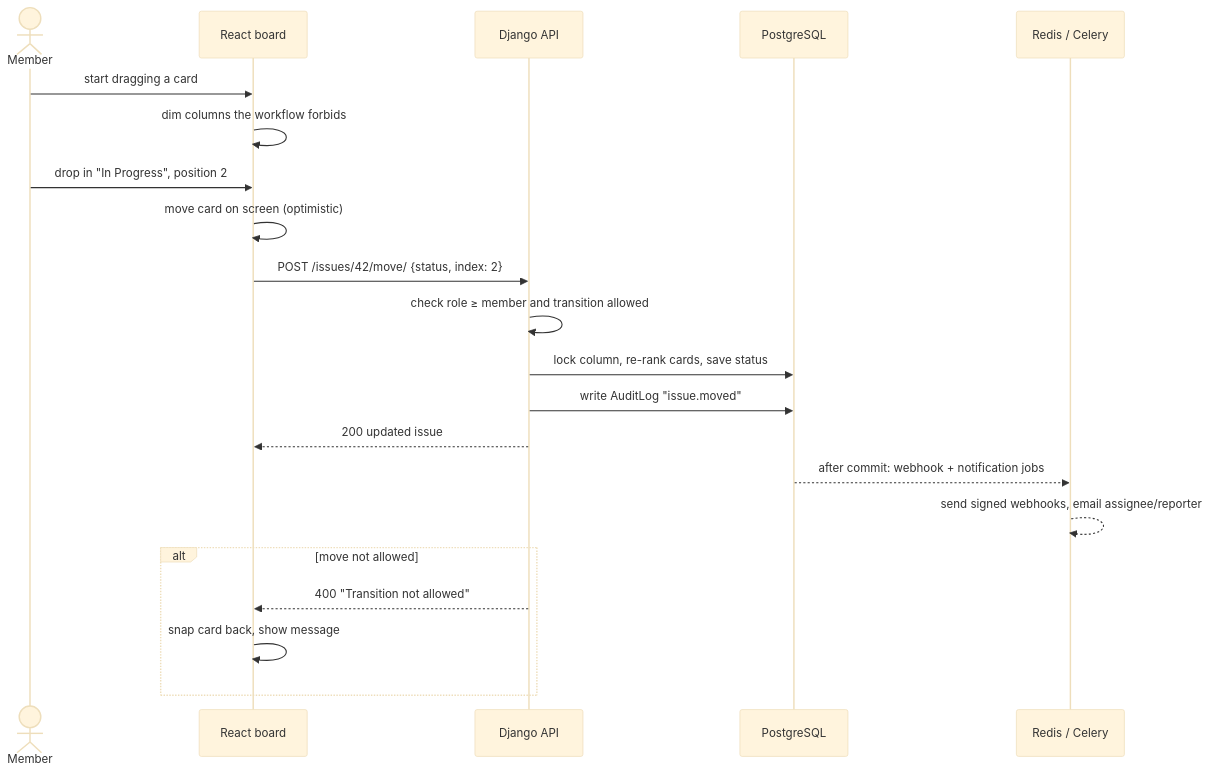
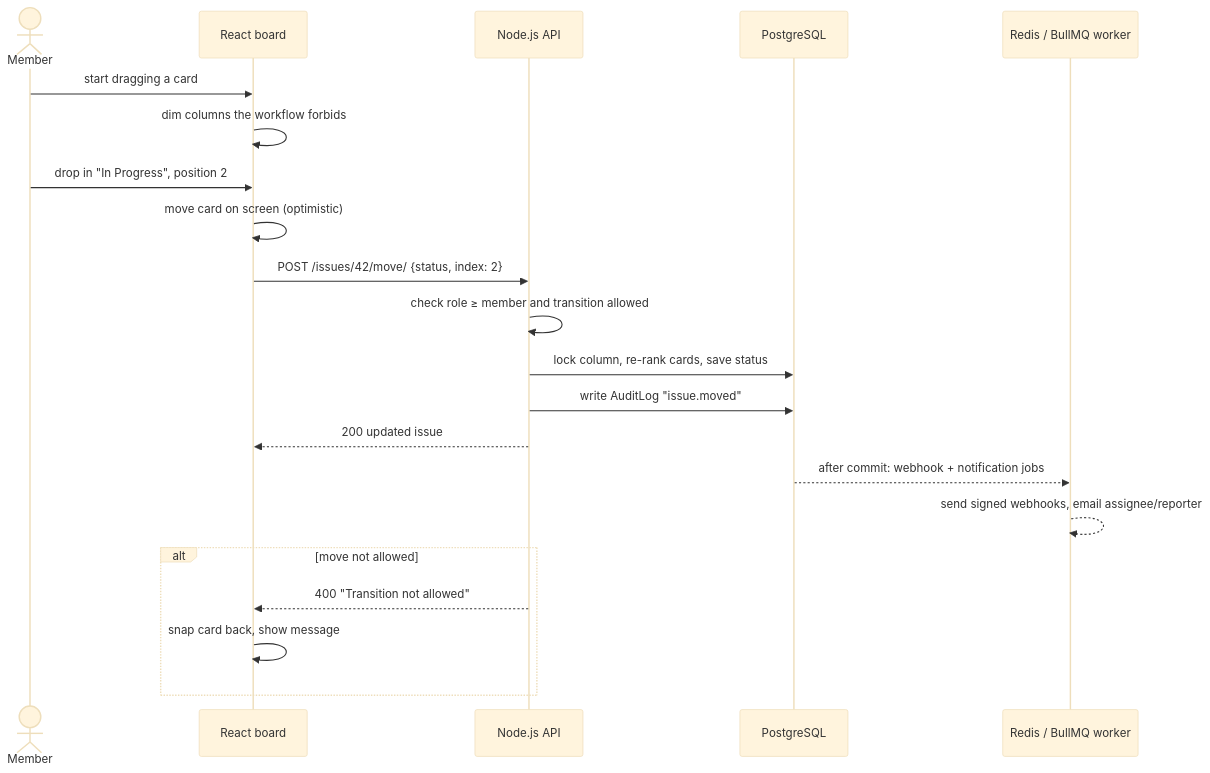
The fourth of 7 diagrams in FS-04/docs/specs/03-app-flow.md (Adarsh619/Rout_Adarsh_Pradhan_Capstone_Projects), drawn with Mermaid (base theme) before and after one commit. The commit also changed other lines of this file and 298 other files, not shown here.

````diff
--- a/FS-04/docs/specs/03-app-flow.md
+++ b/FS-04/docs/specs/03-app-flow.md
@@ -63,23 +63,23 @@
 ```mermaid
 sequenceDiagram
   actor U as Member
   participant UI as React board
-  participant API as Django API
+  participant API as Node.js API
   participant DB as PostgreSQL
-  participant Q as Redis / Celery
+  participant Q as Redis / BullMQ worker
   U->>UI: start dragging a card
   UI->>UI: dim columns the workflow forbids
   U->>UI: drop in "In Progress", position 2
   UI->>UI: move card on screen (optimistic)
   UI->>API: POST /issues/42/move/ {status, index: 2}
   API->>API: check role ≥ member and transition allowed
   API->>DB: lock column, re-rank cards, save status
   API->>DB: write AuditLog "issue.moved"
   API-->>UI: 200 updated issue
   DB-->>Q: after commit: webhook + notification jobs
   Q-->>Q: send signed webhooks, email assignee/reporter
   alt move not allowed
     API-->>UI: 400 "Transition not allowed"
     UI->>UI: snap card back, show message
   end
 ```
````
